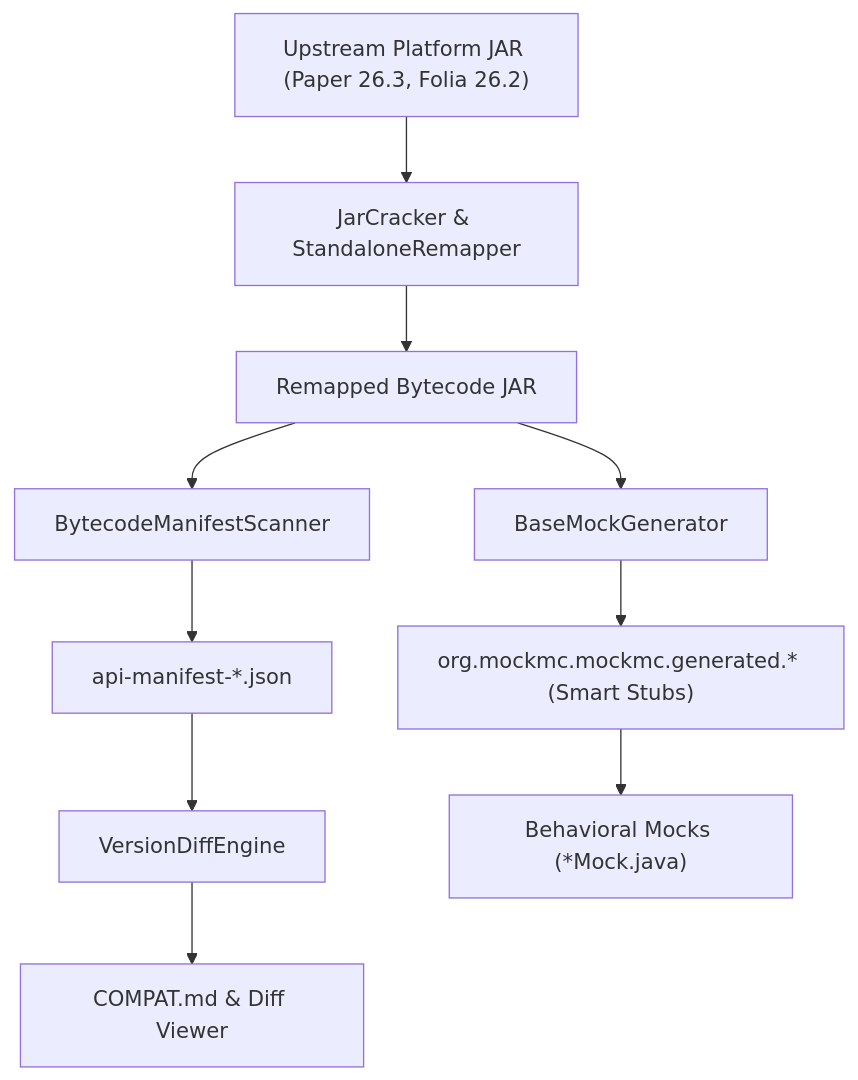
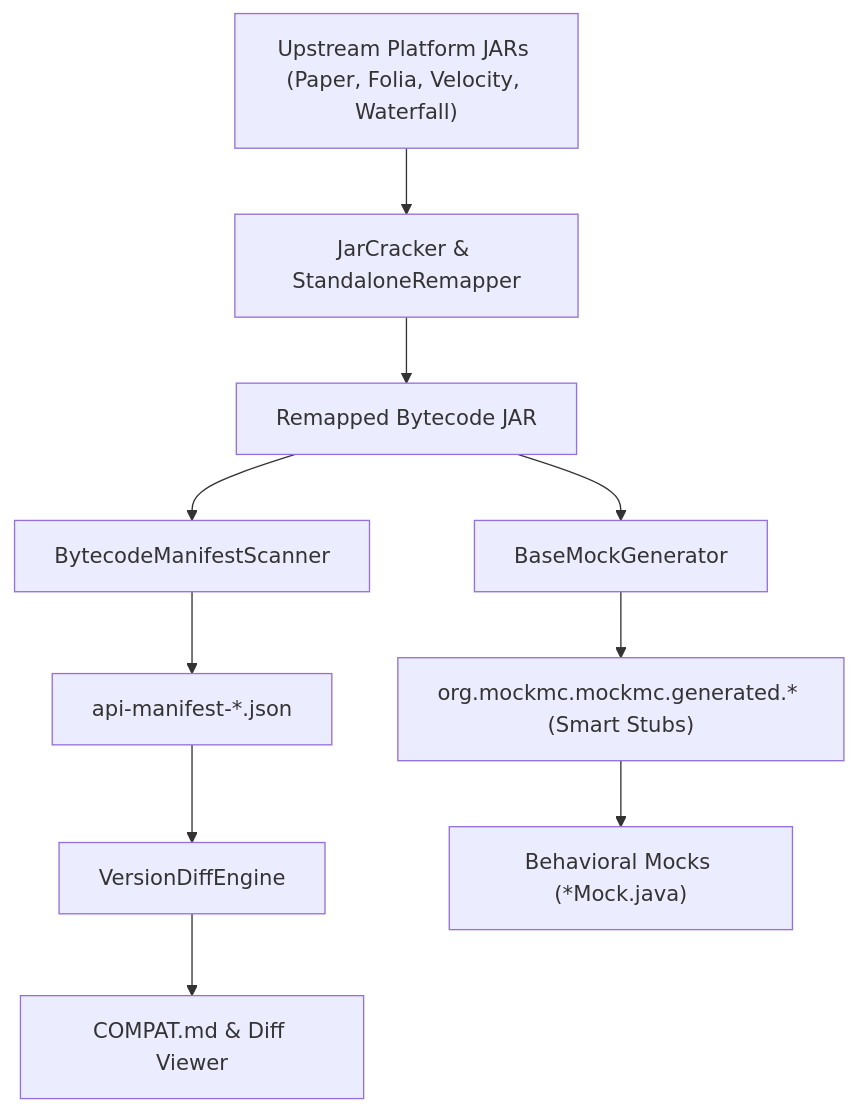
One commit to SecondLifeGaming/MockMC changed the diagram in site/docs/guides/architecture.md. Above: the diagram before and after it, drawn with Mermaid. The commit also changed 6584 other files, not shown here.

````diff
--- a/site/docs/guides/architecture.md
+++ b/site/docs/guides/architecture.md
@@ -13,12 +13,12 @@
 ```mermaid
 flowchart TD
-    UpstreamJAR["Upstream Platform JAR (Paper 26.3, Folia 26.2)"] --> Cracker["JarCracker & StandaloneRemapper"]
+    UpstreamJAR["Upstream Platform JARs (Paper, Folia, Velocity, Waterfall)"] --> Cracker["JarCracker & StandaloneRemapper"]
     Cracker --> RemappedJAR["Remapped Bytecode JAR"]
     RemappedJAR --> Scanner["BytecodeManifestScanner"]
     Scanner --> Manifest["api-manifest-*.json"]
     Manifest --> DiffEngine["VersionDiffEngine"]
     DiffEngine --> Compat["COMPAT.md & Diff Viewer"]
     RemappedJAR --> Generator["BaseMockGenerator"]
     Generator --> Stubs["org.mockmc.mockmc.generated.* (Smart Stubs)"]
     Stubs --> Mocks["Behavioral Mocks (*Mock.java)"]
 ```
````
